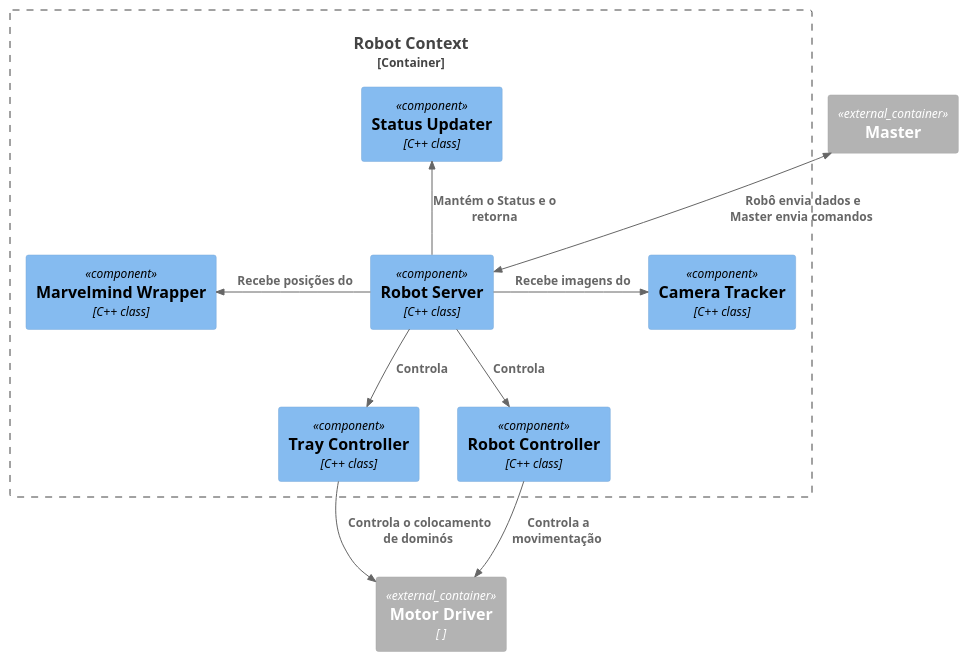
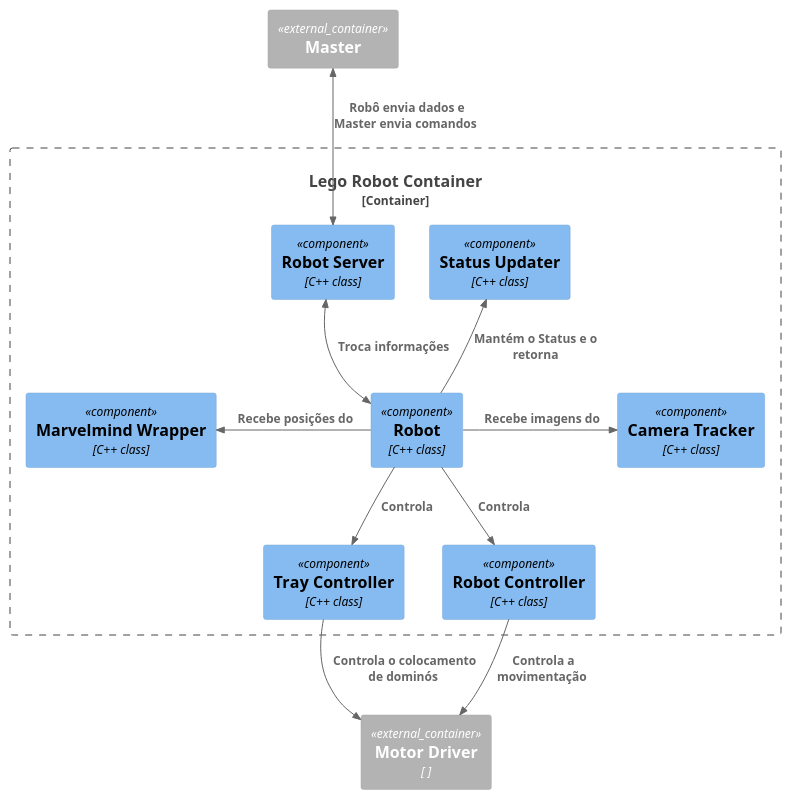
The diagram in component.puml (Populim/swarchitecure), drawn with PlantUML before and after one commit. The commit also changed 8 other files, not shown here.

Commit message:
updated diagrams 09/01

```diff
--- a/component.puml
+++ b/component.puml
@@ -1,43 +1,48 @@
 @startuml C4_Elements
 !include https://raw.githubusercontent.com/plantuml-stdlib/C4-PlantUML/master/C4_Component.puml
 !include https://raw.githubusercontent.com/plantuml-stdlib/C4-PlantUML/master/C4_Container.puml
 
 Container_Ext(master1,"Master")
 Container_Ext(motordriver1,"Motor Driver", " ")
 
 
-Container_Boundary(robot_context,"Robot Context"){
+Container_Boundary(robot_context,"Lego Robot Container"){
     Component(statusUpdater,"Status Updater","C++ class")
+    Component(robot,"Robot","C++ class")
     Component(robotServer,"Robot Server","C++ class")
     Component(trayController,"Tray Controller","C++ class")
     Component(marvelmindWrapper,"Marvelmind Wrapper","C++ class")
     Component(cameraTracker,"Camera Tracker","C++ class")
     Component(robotController,"Robot Controller","C++ class")
 
-    Rel(robotServer,trayController," Controla ", )
+    Rel(robot,trayController," Controla ", )
 
-    Rel(robotServer,robotController," Controla ")
+    Rel(robot,robotController," Controla ")
 
-    Rel_U(robotServer,statusUpdater,"Mantém o Status e o retorna ")
+    Rel_U(robot,statusUpdater,"Mantém o Status e o retorna ")
 
-    Rel_R(robotServer,cameraTracker," Recebe imagens do  ")
+    Rel_R(robot,cameraTracker," Recebe imagens do  ")
 
-    Rel_L(robotServer,marvelmindWrapper," Recebe posições do ")
+    Rel_L(robot,marvelmindWrapper," Recebe posições do ")
 
 
 }
 
 
 
 BiRel(master1,robotServer," Robô envia dados e Master envia comandos ")
+
+
+BiRel(robotServer,robot," Troca informações")
+
 
 Rel(robotController,motordriver1," Controla a movimentação")
 
 
 Rel(trayController,motordriver1," Controla o colocamento de dominós")
 
 
 
 
 
 @enduml
```
